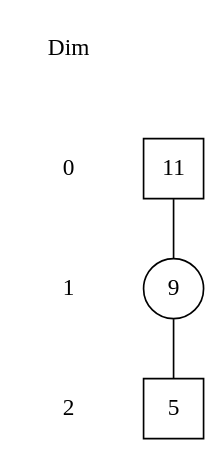
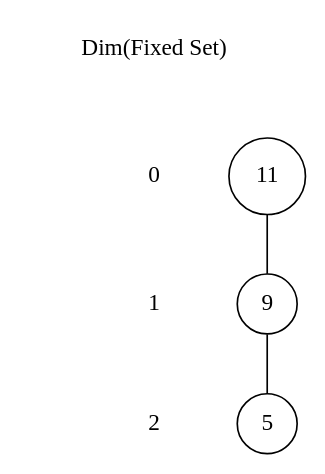
The diagram in demo/demo20_OrbitType/S4_irr3_latorbt.dot (psistwu/equideg), drawn with Graphviz before and after one commit. The commit also changed 9 other files, not shown here.

```diff
--- a/demo/demo20_OrbitType/S4_irr3_latorbt.dot
+++ b/demo/demo20_OrbitType/S4_irr3_latorbt.dot
@@ -1,18 +1,18 @@
 digraph lattice {
 size = "6,6";
-"rt" [label="Dim", color=white];
+"rt" [label="Dim(Fixed Set)", color=white];
 "rt" -> "s0" [color=white, arrowhead=none];
 "s0" [label="0", color=white];
 "s0" -> "s1" [color=white, arrowhead=none];
 "s1" [label="1", color=white];
 "s1" -> "s2" [color=white, arrowhead=none];
 "s2" [label="2", color=white];
-"1" [label="5", shape=square];
+"1" [label="5", shape=circle];
 { rank=same; "s2" "1"; }
 "2" [label="9", shape=circle];
 { rank=same; "s1" "2"; }
-"3" [label="11", shape=square];
+"3" [label="11", shape=circle];
 { rank=same; "s0" "3"; }
 "2" -> "1" [arrowhead=none];
 "3" -> "2" [arrowhead=none];
 }
```
